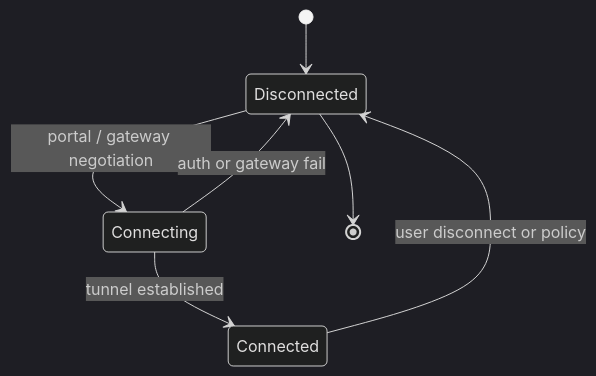
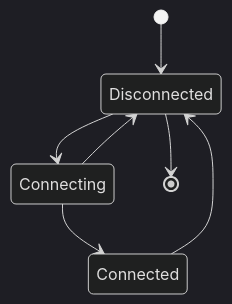
Before and after one commit to roto31/Tunnel-Monitor---Universal: the third of 4 diagrams in docs/vpn-solutions/palo-alto-globalprotect.md, drawn with Mermaid (dark theme). The commit also changed other lines of this file and 22 other files, not shown here.

````diff
--- a/docs/vpn-solutions/palo-alto-globalprotect.md
+++ b/docs/vpn-solutions/palo-alto-globalprotect.md
@@ -59,9 +43,9 @@
 ```mermaid
 stateDiagram-v2
     [*] --> Disconnected
-    Disconnected --> Connecting: portal / gateway negotiation
-    Connecting --> Connected: tunnel established
-    Connecting --> Disconnected: auth or gateway fail
-    Connected --> Disconnected: user disconnect or policy
+    Disconnected --> Connecting
+    Connecting --> Connected
+    Connecting --> Disconnected
+    Connected --> Disconnected
     Disconnected --> [*]
 ```
````
